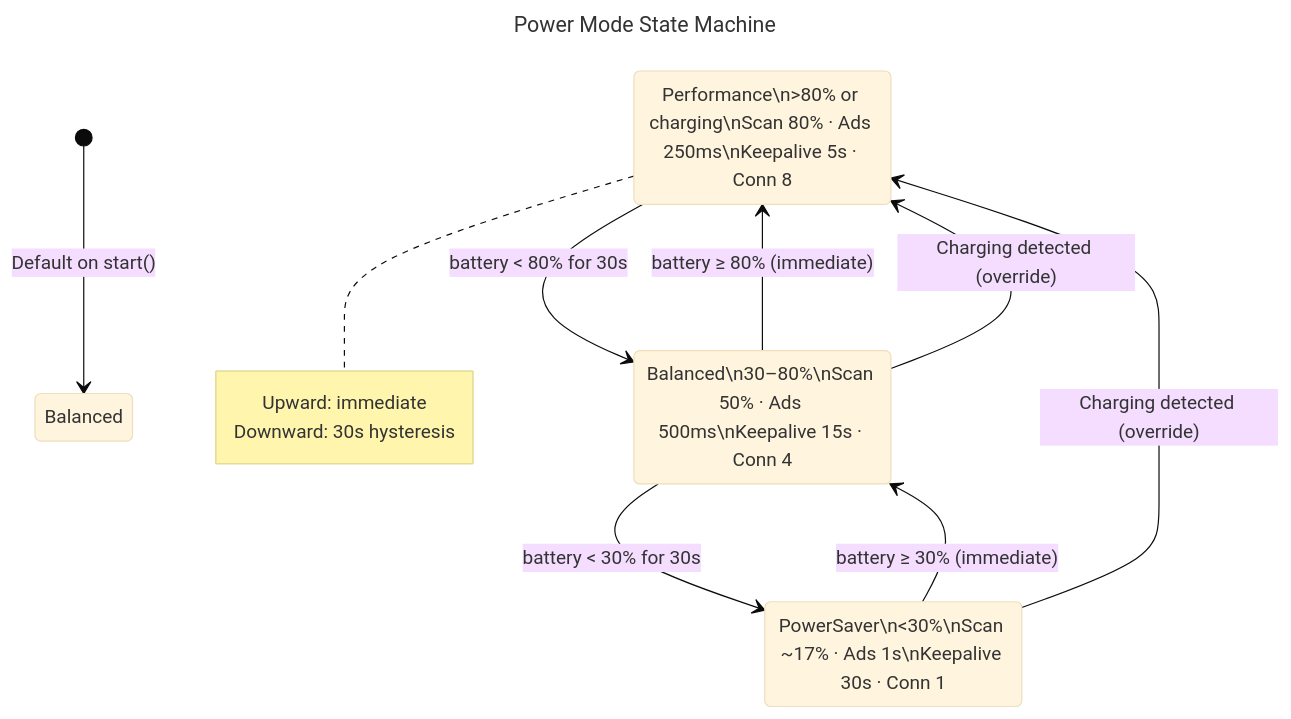
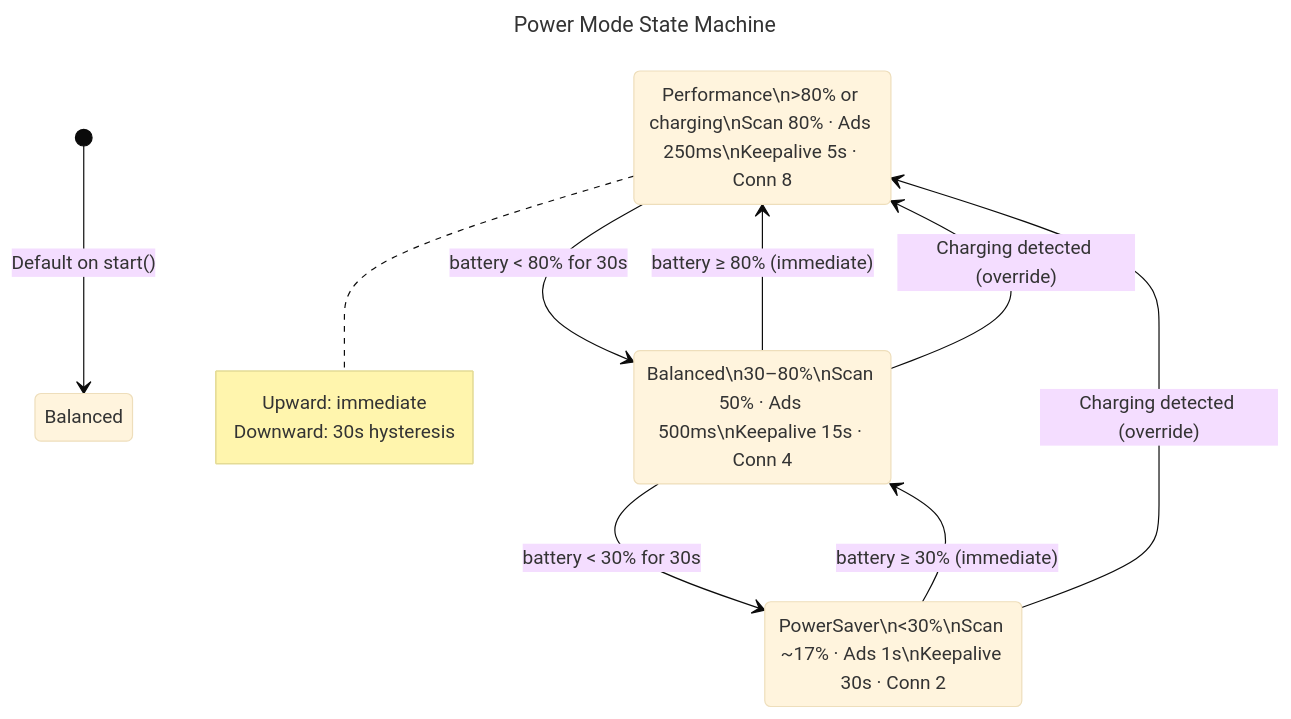
One commit to trancee/MeshLink changed the ninth of 14 diagrams in docs/diagrams.md. Above: the diagram before and after it, drawn with Mermaid (base theme). The commit also changed other lines of this file and 5 other files, not shown here.

````diff
--- a/docs/diagrams.md
+++ b/docs/diagrams.md
@@ -306,24 +306,24 @@
 ```mermaid
 ---
 title: Power Mode State Machine
 ---
 stateDiagram-v2
     [*] --> Balanced : Default on start()
 
     state "Performance\n>80% or charging\nScan 80% · Ads 250ms\nKeepalive 5s · Conn 8" as Perf
     state "Balanced\n30–80%\nScan 50% · Ads 500ms\nKeepalive 15s · Conn 4" as Bal
-    state "PowerSaver\n<30%\nScan ~17% · Ads 1s\nKeepalive 30s · Conn 1" as PS
+    state "PowerSaver\n<30%\nScan ~17% · Ads 1s\nKeepalive 30s · Conn 2" as PS
 
     Bal --> Perf : battery ≥ 80% (immediate)
     Perf --> Bal : battery < 80% for 30s
     Bal --> PS : battery < 30% for 30s
     PS --> Bal : battery ≥ 30% (immediate)
 
     PS --> Perf : Charging detected (override)
     Bal --> Perf : Charging detected (override)
 
     note right of Perf
         Upward: immediate
         Downward: 30s hysteresis
     end note
 ```
````
